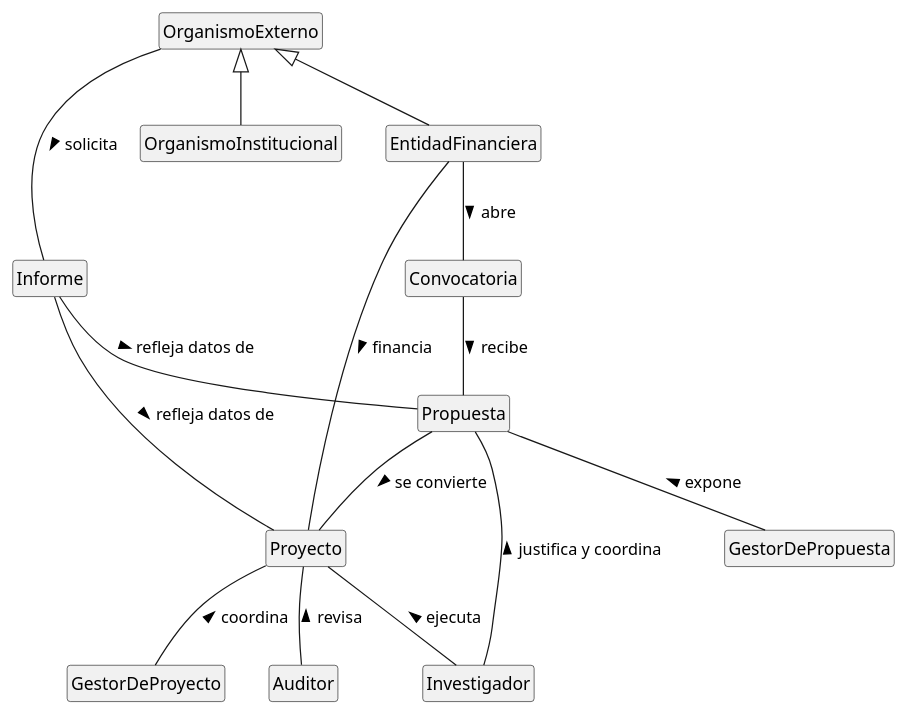
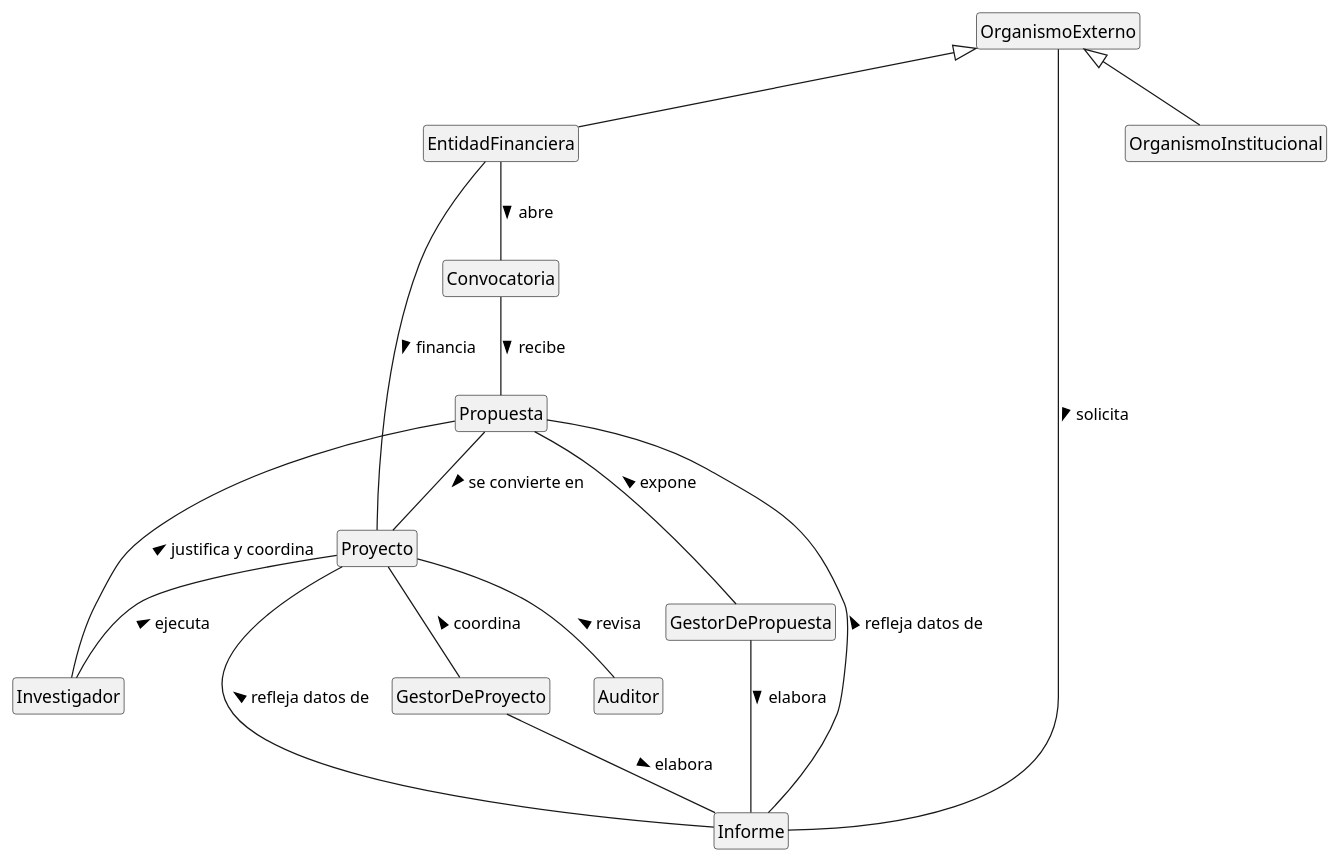
Before and after one commit to Angelo2272/26-27-IdSw1-SDR: the diagram in modelosUML/00-modelo-del-dominio/diagrama-de-clases.puml, drawn with PlantUML. The commit also changed 5 other files, not shown here.

Commit message:
feat: modificar diagramas de estados y de clases para aumentar coherencia entre artefactos

```diff
--- a/modelosUML/00-modelo-del-dominio/diagrama-de-clases.puml
+++ b/modelosUML/00-modelo-del-dominio/diagrama-de-clases.puml
@@ -1,48 +1,49 @@
 @startuml
 
 hide circle
 hide empty members
 
 class Convocatoria
 
 class Propuesta
 
 class EntidadFinanciera
 
 class OrganismoExterno
 
 class OrganismoInstitucional
 
 class Informe
 
 class Investigador
 
 class Auditor
 
 class Proyecto
 
 class GestorDeProyecto
 
 class GestorDePropuesta
 
 Propuesta -d- GestorDePropuesta : expone <
 Proyecto -d- GestorDeProyecto : coordina <
 
 OrganismoExterno <|-- EntidadFinanciera
 OrganismoExterno <|-- OrganismoInstitucional
 
 EntidadFinanciera -- Convocatoria : abre >
-Propuesta -- Proyecto: se convierte > 
+Propuesta -- Proyecto: se convierte en >
 Convocatoria -- Propuesta: recibe >
 Proyecto -d- Auditor: revisa <
 EntidadFinanciera -- Proyecto : financia >
 
 Propuesta -d- Investigador : justifica y coordina <
 Proyecto -d- Investigador: ejecuta <
 
 OrganismoExterno -d- Informe: solicita >
+GestorDePropuesta -- Informe : elabora >
+GestorDeProyecto -- Informe : elabora >
 Informe -- Propuesta : refleja datos de >
 Informe -- Proyecto : refleja datos de >
 
-
 @enduml
```
